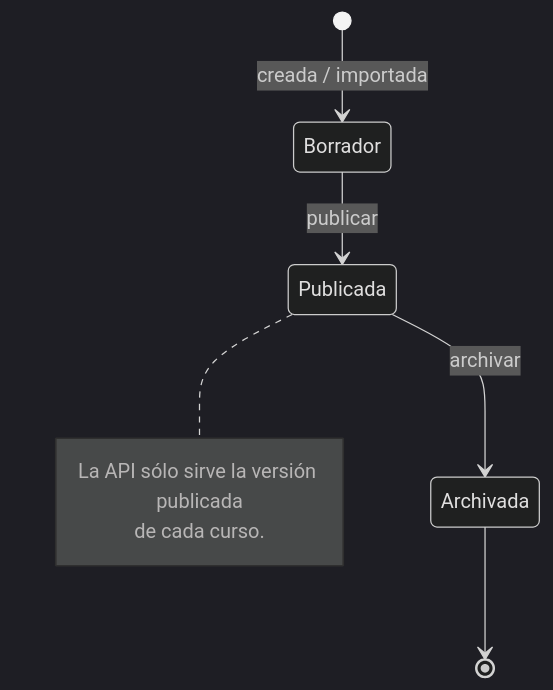
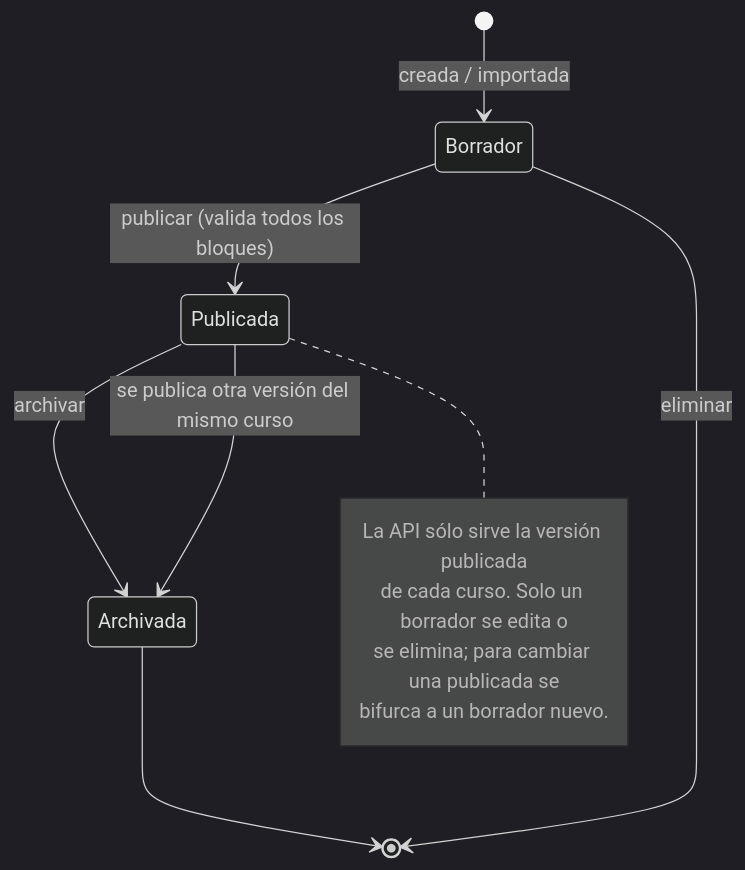
One commit to signasource/signa-api changed the second of 17 diagrams in docs/diagrams/state.md. Above: the diagram before and after it, drawn with Mermaid (dark theme). The commit also changed other lines of this file and 4 other files, not shown here.

First line of the commit message:
docs: sync CLAUDE.md, README and diagrams with the current code

````diff
--- a/docs/diagrams/state.md
+++ b/docs/diagrams/state.md
@@ -24,11 +34,15 @@
 ```mermaid
 stateDiagram-v2
     [*] --> Borrador : creada / importada
-    Borrador --> Publicada : publicar
+    Borrador --> Publicada : publicar (valida todos los bloques)
+    Borrador --> [*] : eliminar
     Publicada --> Archivada : archivar
+    Publicada --> Archivada : se publica otra versión del mismo curso
     Archivada --> [*]
     note right of Publicada
         La API sólo sirve la versión publicada
-        de cada curso.
+        de cada curso. Solo un borrador se edita o
+        se elimina; para cambiar una publicada se
+        bifurca a un borrador nuevo.
     end note
 ```
````
